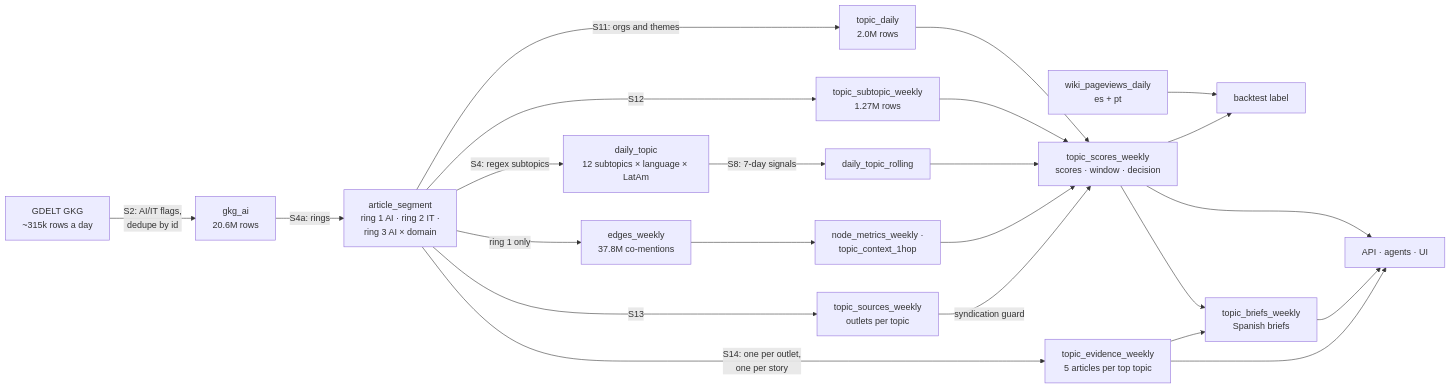
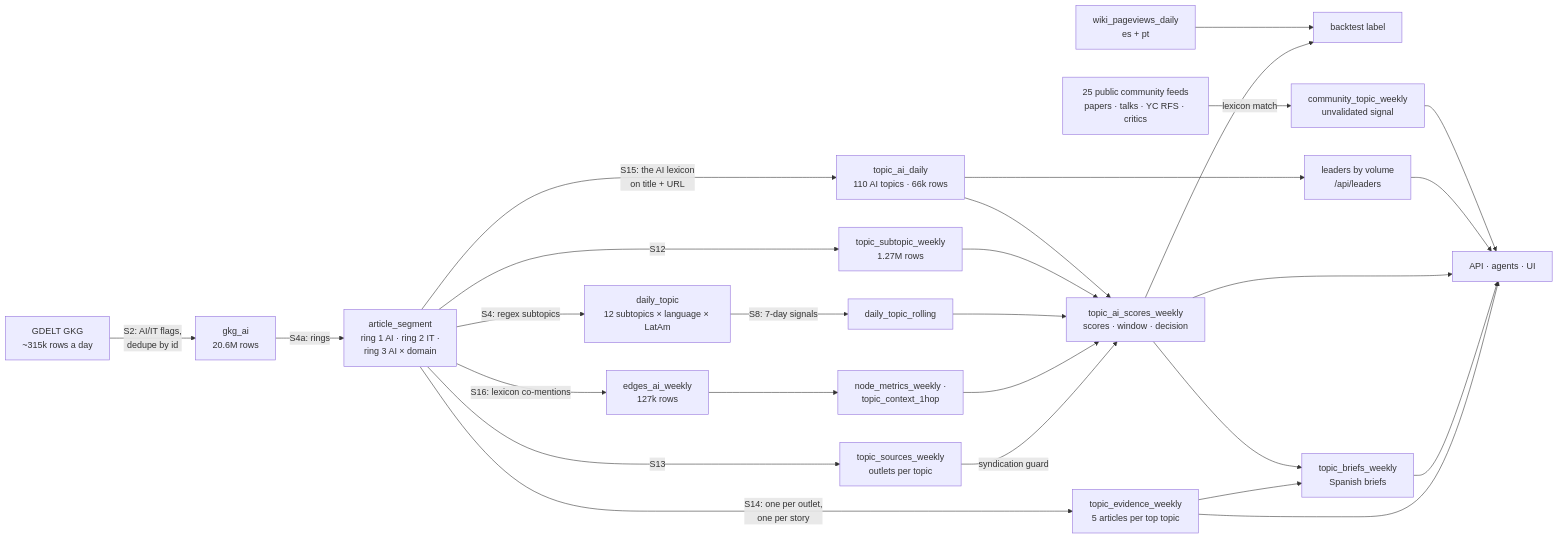
One commit to LEONOB2014/Blinky changed the second of 9 diagrams in README.md. Above: the diagram before and after it, drawn with Mermaid. The commit also changed other lines of this file and 4 other files, not shown here.

First line of the commit message:
docs(readme): update the readme and diagrams for v0.3, the ai radar

````diff
--- a/README.md
+++ b/README.md
@@ -167,25 +185,29 @@
 ```mermaid
 flowchart LR
   R["GDELT GKG<br/>~315k rows a day"] -->|"S2: AI/IT flags,<br/>dedupe by id"| A["gkg_ai<br/>20.6M rows"]
   A -->|"S4a: rings"| SEG["article_segment<br/>ring 1 AI · ring 2 IT ·<br/>ring 3 AI × domain"]
   SEG -->|"S4: regex subtopics"| DT["daily_topic<br/>12 subtopics × language × LatAm"]
-  SEG -->|"S11: orgs and themes"| TD["topic_daily<br/>2.0M rows"]
-  SEG -->|"ring 1 only"| E["edges_weekly<br/>37.8M co-mentions"]
+  SEG -->|"S15: the AI lexicon<br/>on title + URL"| TD["topic_ai_daily<br/>110 AI topics · 66k rows"]
+  SEG -->|"S16: lexicon co-mentions"| E["edges_ai_weekly<br/>127k rows"]
   SEG -->|"S12"| TS["topic_subtopic_weekly<br/>1.27M rows"]
   SEG -->|"S13"| SRCW["topic_sources_weekly<br/>outlets per topic"]
   SEG -->|"S14: one per outlet,<br/>one per story"| EV["topic_evidence_weekly<br/>5 articles per top topic"]
   DT -->|"S8: 7-day signals"| RO["daily_topic_rolling"]
   E --> NM["node_metrics_weekly ·<br/>topic_context_1hop"]
   WP["wiki_pageviews_daily<br/>es + pt"] --> BT["backtest label"]
-  TD --> SC["topic_scores_weekly<br/>scores · window · decision"]
+  TD --> SC["topic_ai_scores_weekly<br/>scores · window · decision"]
+  TD --> LD["leaders by volume<br/>/api/leaders"]
+  CF["25 public community feeds<br/>papers · talks · YC RFS · critics"] -->|"lexicon match"| CM["community_topic_weekly<br/>unvalidated signal"]
+  CM --> OUT
+  LD --> OUT
   TS --> SC
   RO --> SC
   NM --> SC
   SRCW -->|"syndication guard"| SC
   SC --> BT
   SC --> BRF["topic_briefs_weekly<br/>Spanish briefs"]
   EV --> BRF
   SC --> OUT["API · agents · UI"]
   BRF --> OUT
   EV --> OUT
 ```
````
